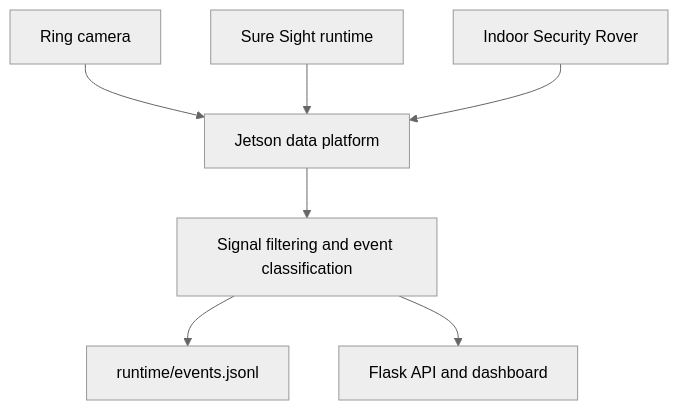
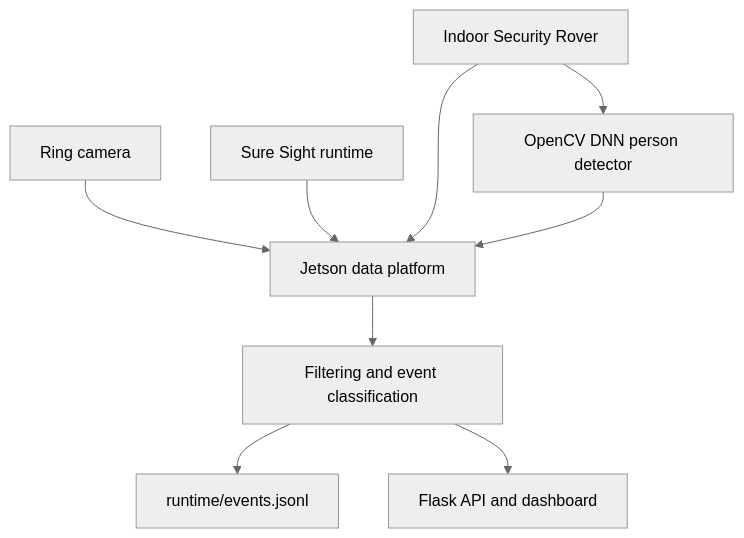
Before and after one commit to trent229/ai-security-robot-data-platform: the diagram in README.md, drawn with Mermaid (neutral theme). The commit also changed other lines of this file and 6 other files, not shown here.

````diff
--- a/README.md
+++ b/README.md
@@ -30,9 +33,11 @@
 ```mermaid
 flowchart TD
     A["Ring camera"] --> D["Jetson data platform"]
     B["Sure Sight runtime"] --> D
     C["Indoor Security Rover"] --> D
-    D --> E["Signal filtering and event classification"]
+    C --> H["OpenCV DNN person detector"]
+    H --> D
+    D --> E["Filtering and event classification"]
     E --> F["runtime/events.jsonl"]
     E --> G["Flask API and dashboard"]
 ```
````
